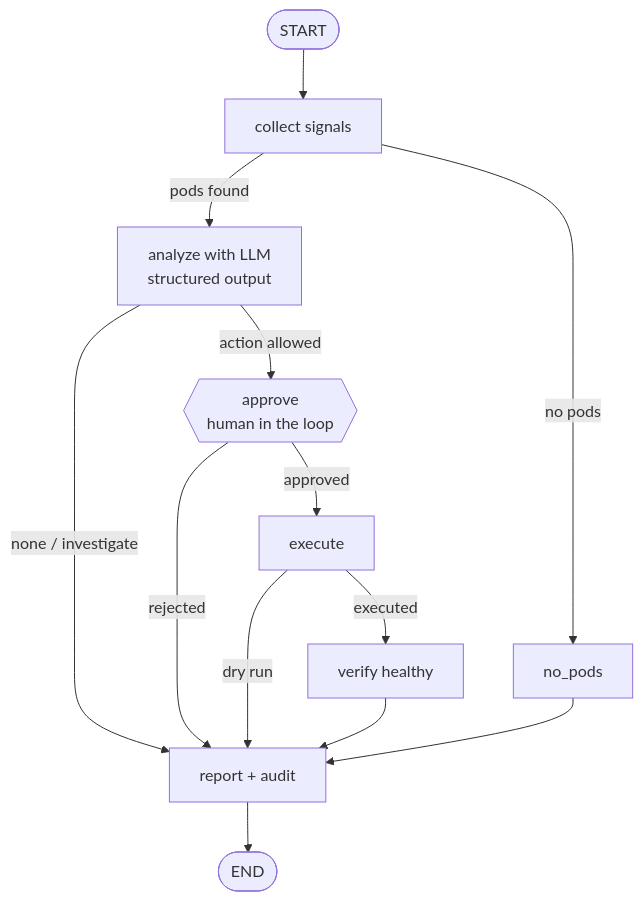
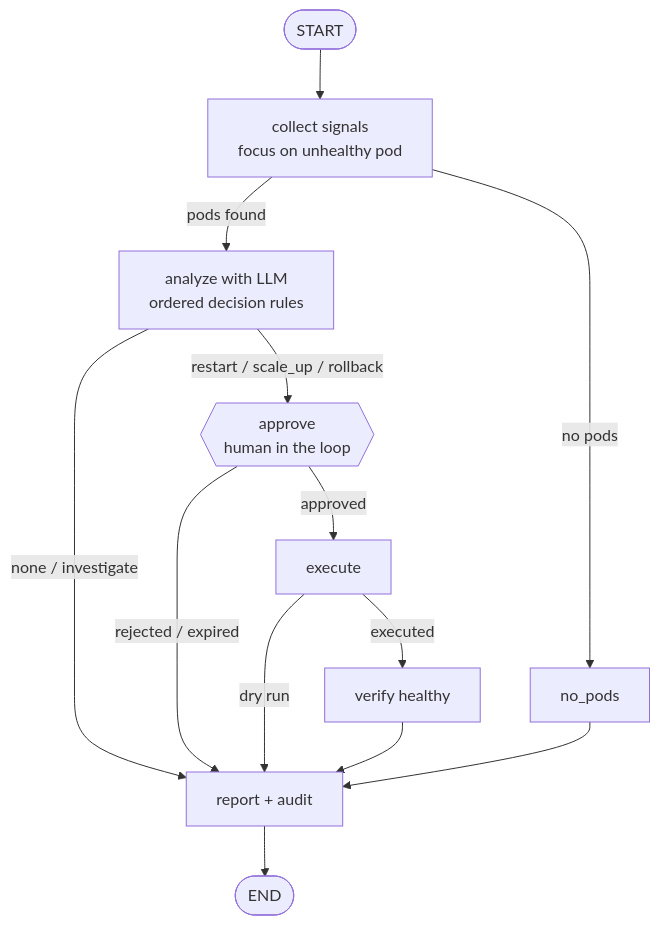
Before and after one commit to KarthikKumarBA/ai-agent-platform: the second of 2 diagrams in README.md, drawn with Mermaid. The commit also changed other lines of this file and 12 other files, not shown here.

````diff
--- a/README.md
+++ b/README.md
@@ -37,15 +37,15 @@
 ```mermaid
 flowchart TD
-    S([START]) --> C[collect signals]
+    S([START]) --> C[collect signals<br/>focus on unhealthy pod]
     C -->|no pods| NP[no_pods]
-    C -->|pods found| A[analyze with LLM<br/>structured output]
-    A -->|action allowed| AP{{approve<br/>human in the loop}}
+    C -->|pods found| A[analyze with LLM<br/>ordered decision rules]
+    A -->|restart / scale_up / rollback| AP{{approve<br/>human in the loop}}
     A -->|none / investigate| R[report + audit]
     AP -->|approved| E[execute]
-    AP -->|rejected| R
+    AP -->|rejected / expired| R
     E -->|executed| V[verify healthy]
     E -->|dry run| R
     V --> R
     NP --> R
     R --> END([END])
 ```
````
